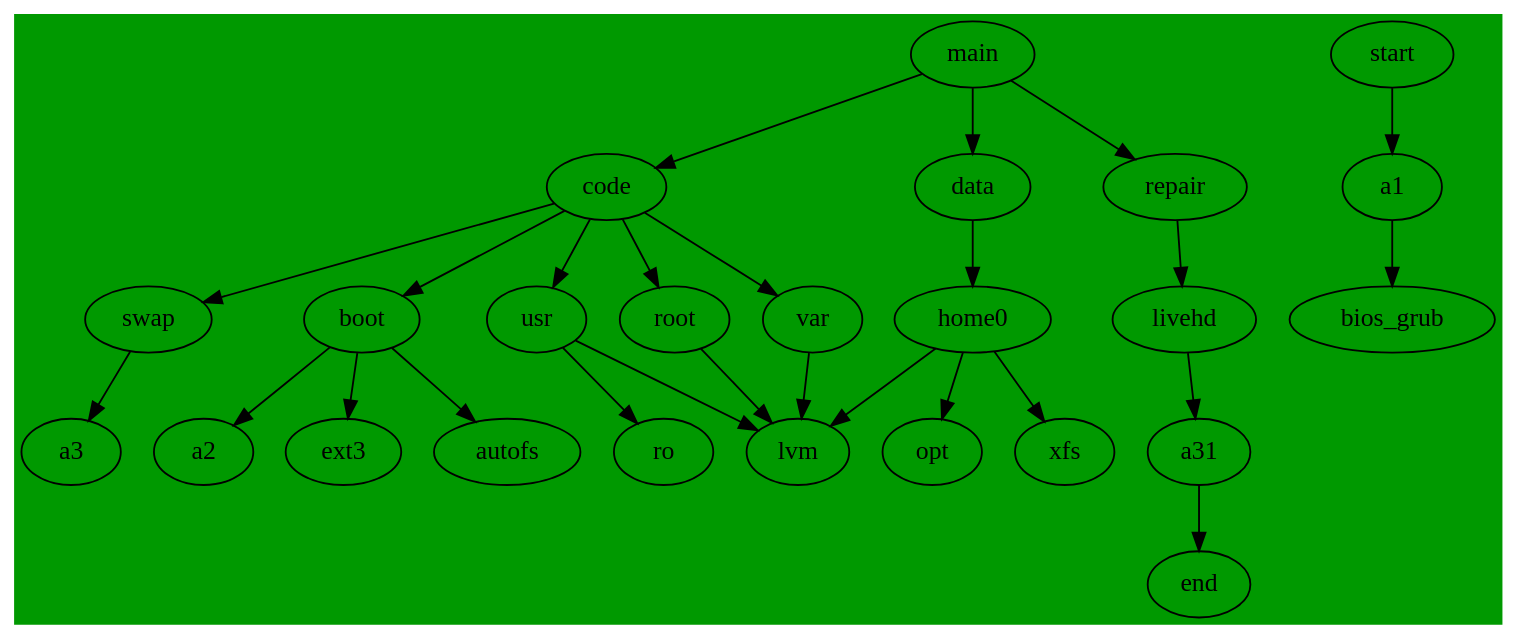
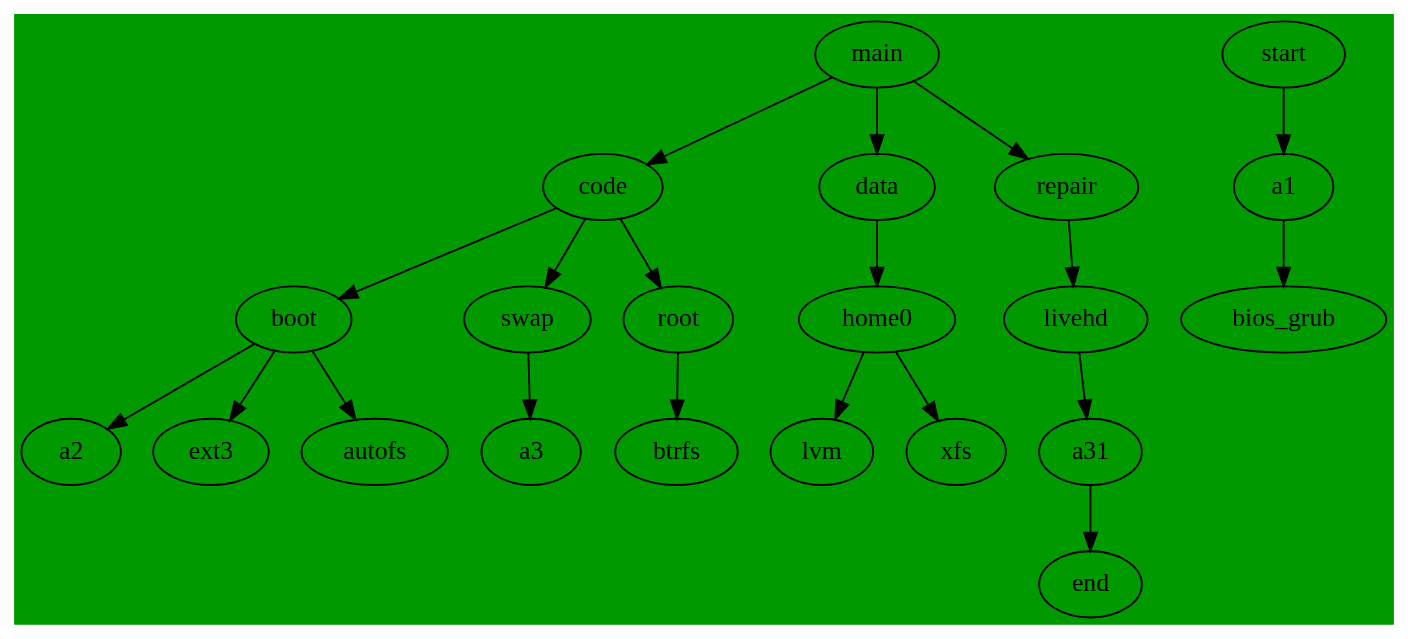
Before and after one commit to cdede/dotfiles: the diagram in dot/.config/dupl/parted.dot, drawn with Graphviz.

Commit message:
b 0.20 is safe, root change to b

```diff
--- a/dot/.config/dupl/parted.dot
+++ b/dot/.config/dupl/parted.dot
@@ -1,34 +1,29 @@
 // dot -Tpng  parted.dot -o line1.png
 //  default ext4
 digraph G {
   bgcolor ="#009900";
   main->code;
   main->data;
   main->repair;
 
   start->a1;
   a1->bios_grub;
   a31->end;
 
   code->boot;
-  code->root;
-  code->var;
-  code->swap;
-  code->usr;
-  root ->lvm;
-  var->lvm;
-  swap->a3;
   boot->a2;
   boot->ext3;
   boot->autofs;
-  usr->lvm;
-  usr ->ro;
+  code->swap;
+  swap->a3;
+
+  code->root;
+  root ->btrfs;
 
   repair->livehd;
   livehd->a31;
 
   data->home0;
   home0->lvm;
   home0->xfs;
-  home0->opt;
 }
```
